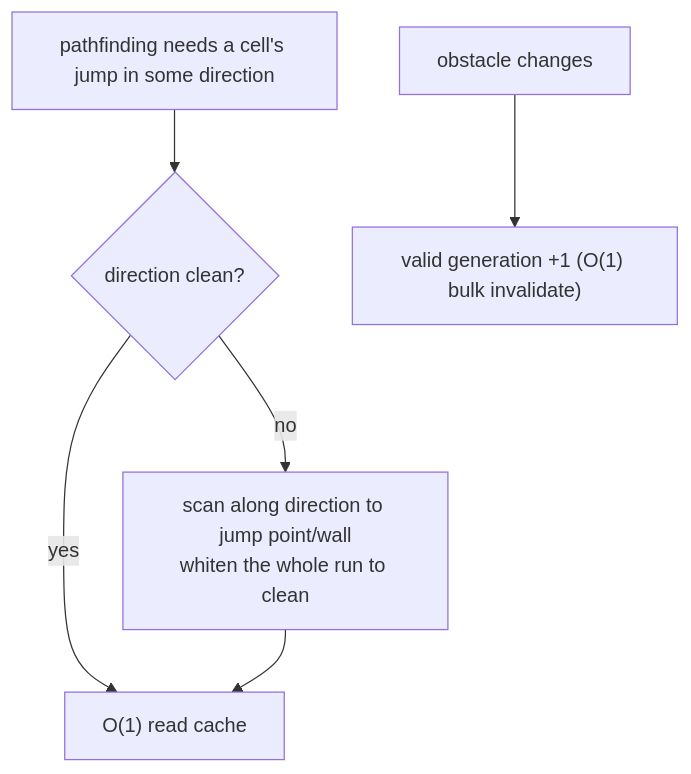
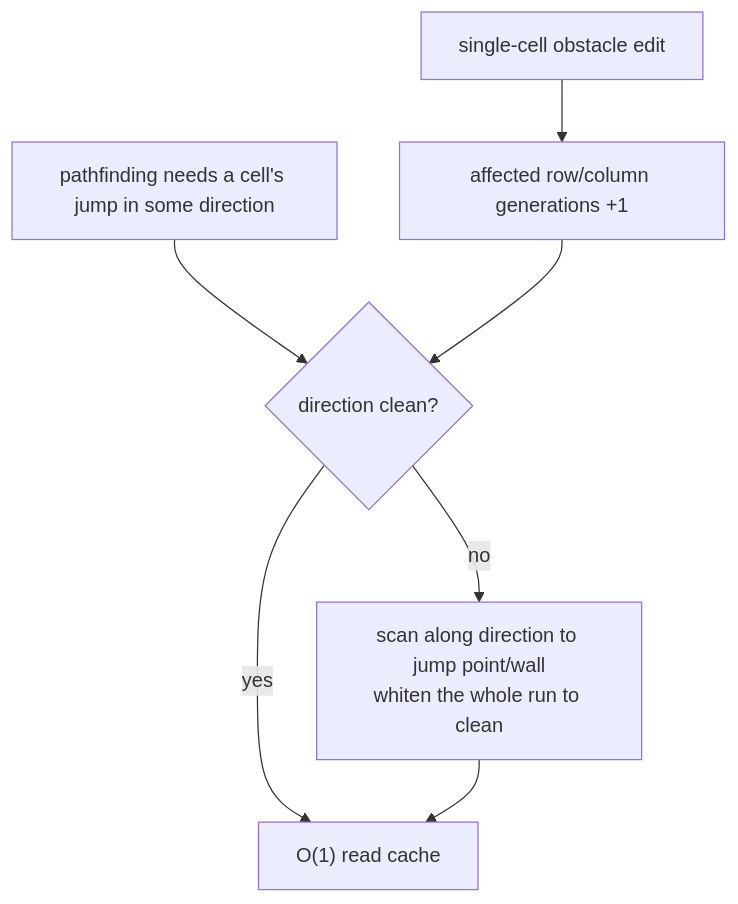
The fifth of 6 diagrams in README.md (qiqian/JPS), drawn with Mermaid before and after one commit. The commit also changed other lines of this file, not shown here.

````diff
--- a/README.md
+++ b/README.md
@@ -642,8 +714,9 @@
 ```mermaid
 flowchart TD
     Q["pathfinding needs a cell's jump in some direction"] --> C{direction clean?}
     C -->|yes| R["O(1) read cache"]
     C -->|no| Scan["scan along direction to jump point/wall<br/>whiten the whole run to clean"]
     Scan --> R
-    E["obstacle changes"] --> G["valid generation +1 (O(1) bulk invalidate)"]
+    E["single-cell obstacle edit"] --> G["affected row/column generations +1"]
+    G --> C
 ```
````
